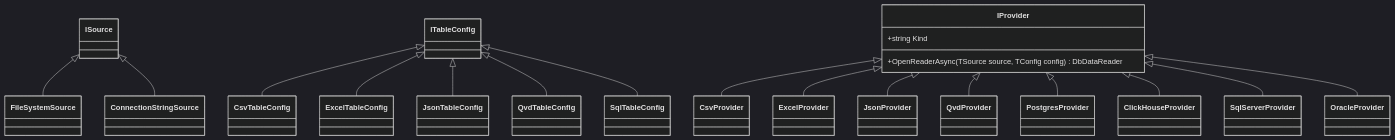
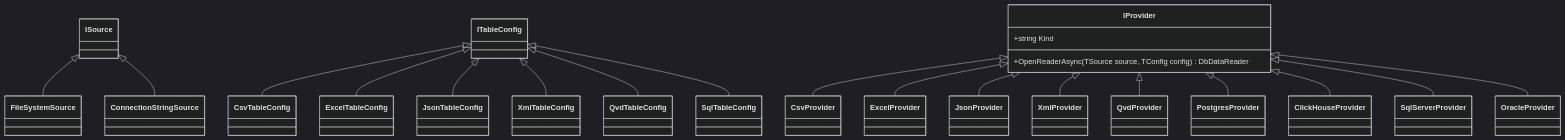
The first of 2 diagrams in docs/architecture.md (MikeKondr99/Loader), drawn with Mermaid (dark theme) before and after one commit. The commit also changed other lines of this file and 18 other files, not shown here.

Commit message:
xml provider

````diff
--- a/docs/architecture.md
+++ b/docs/architecture.md
@@ -36,29 +36,31 @@
 ```mermaid
 classDiagram
     class ISource
     class ITableConfig
     class IProvider {
         +string Kind
     }
     class IProvider~TSource,TConfig~ {
         +OpenReaderAsync(TSource source, TConfig config) DbDataReader
     }
 
     ISource <|-- FileSystemSource
     ISource <|-- ConnectionStringSource
 
     ITableConfig <|-- CsvTableConfig
     ITableConfig <|-- ExcelTableConfig
     ITableConfig <|-- JsonTableConfig
+    ITableConfig <|-- XmlTableConfig
     ITableConfig <|-- QvdTableConfig
     ITableConfig <|-- SqlTableConfig
 
     IProvider <|-- CsvProvider
     IProvider <|-- ExcelProvider
     IProvider <|-- JsonProvider
+    IProvider <|-- XmlProvider
     IProvider <|-- QvdProvider
     IProvider <|-- PostgresProvider
     IProvider <|-- ClickHouseProvider
     IProvider <|-- SqlServerProvider
     IProvider <|-- OracleProvider
 ```
````
